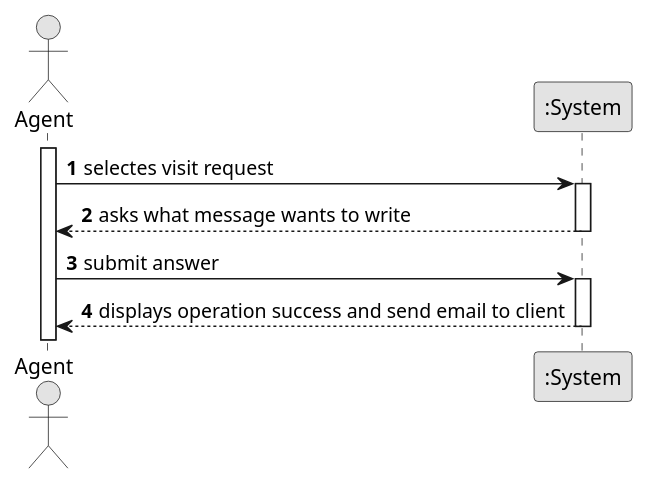
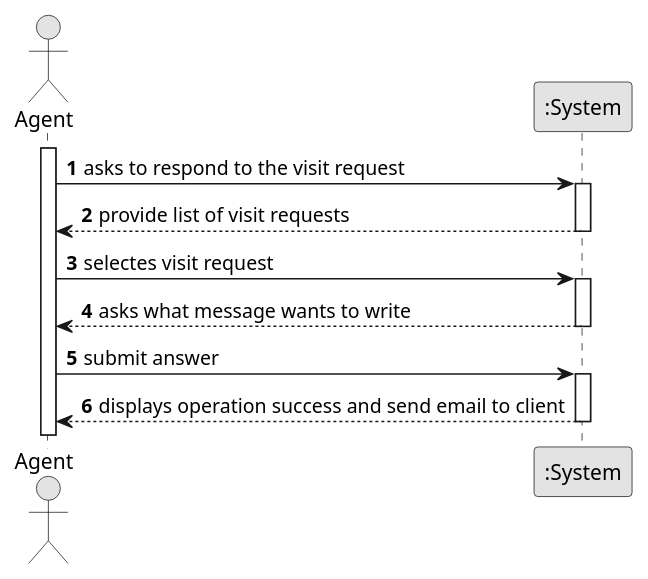
The diagram in docs/sprintD/us016/01.requirements-engineering/puml/us016-system-sequence-diagram.puml (Shushizinho/RealEstateUSASystem), drawn with PlantUML before and after one commit. The commit also changed 15 other files, not shown here.

Commit message:
update US16 UI, SD and Controller (As an agent, when viewing a booking request, I want to respond to the user that scheduled the visit.)

```diff
--- a/docs/sprintD/us016/01.requirements-engineering/puml/us016-system-sequence-diagram.puml
+++ b/docs/sprintD/us016/01.requirements-engineering/puml/us016-system-sequence-diagram.puml
@@ -1,33 +1,33 @@
 @startuml
 skinparam monochrome true
 skinparam packageStyle rectangle
 skinparam shadowing false
 
 
 
 autonumber
 
 actor "Agent" as Agent
 participant ":System" as System
 
 activate Agent
 
-'    Agent -> System : asks to list all the visit requests
-'    activate System
+    Agent -> System : asks to respond to the visit request
+    activate System
 
-'        System --> Agent : provide visit requests
-'    deactivate System
+        System --> Agent : provide list of visit requests
+    deactivate System
 
     Agent -> System : selectes visit request
     activate System
 
         System --> Agent :asks what message wants to write
     deactivate System
 
     Agent -> System : submit answer
         activate System
 
         System --> Agent : displays operation success and send email to client
     deactivate System
 
 @enduml
```
